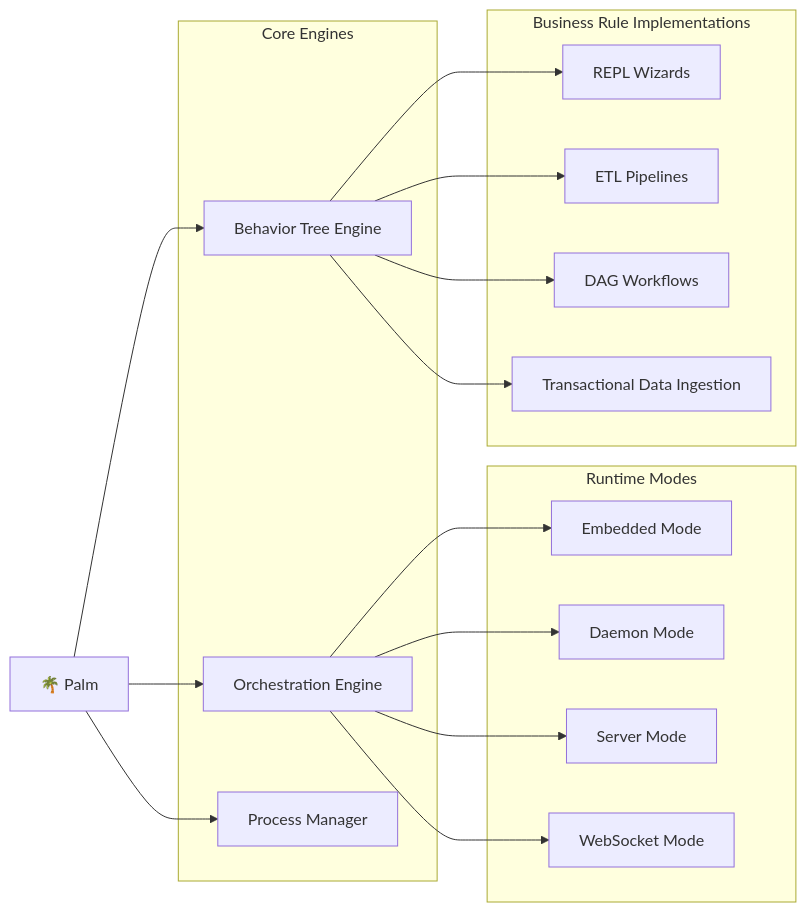
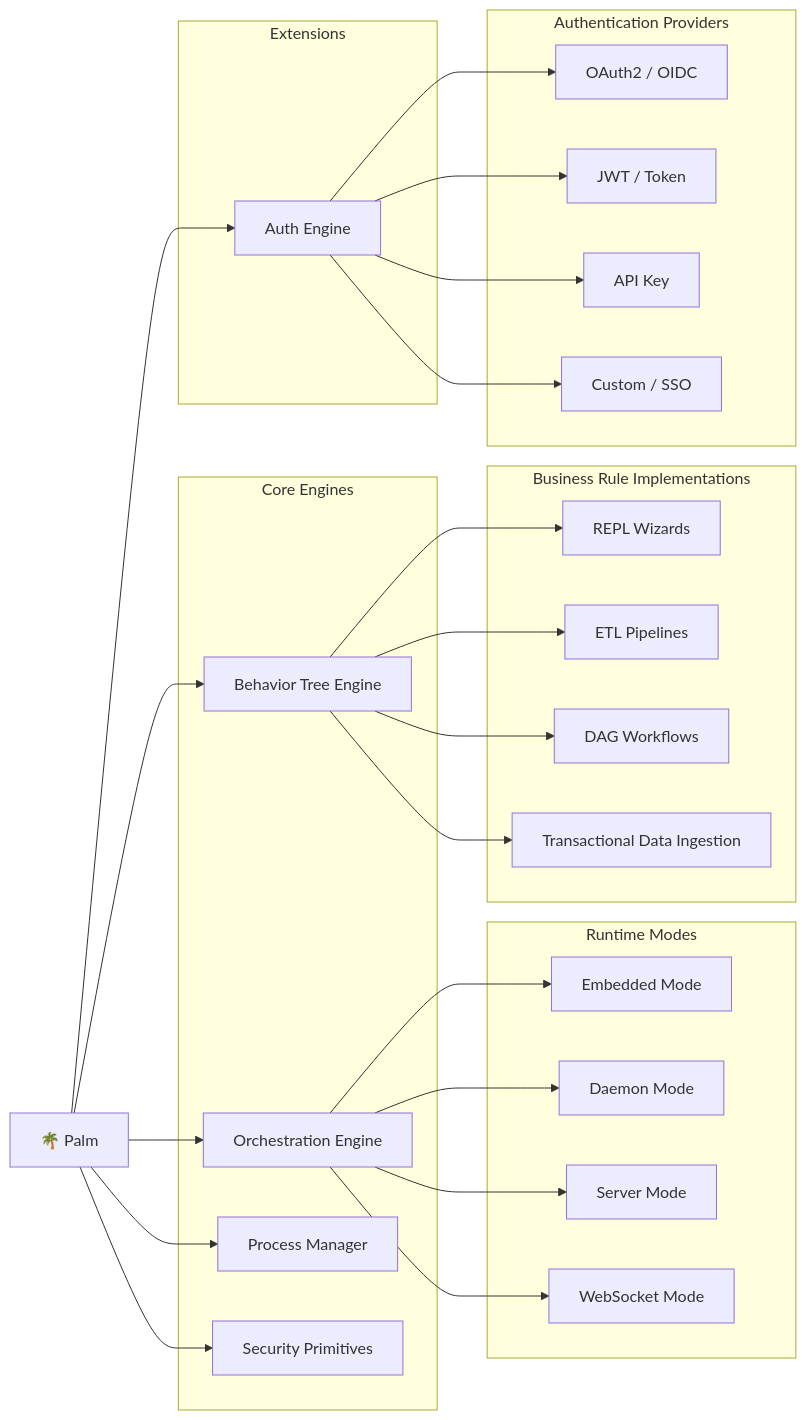
Before and after one commit to JGabrielGruber/palmengine: the diagram in README.md, drawn with Mermaid.

Commit message:
palm flowchart auth

````diff
--- a/README.md
+++ b/README.md
@@ -48,38 +48,59 @@
 ```mermaid
 flowchart LR
     palm[🌴 Palm]:::root
     
     subgraph Core["Core Engines"]
         orchestration[Orchestration Engine]
         behaviortree[Behavior Tree Engine]
         processmgr[Process Manager]
+        security[Security Primitives]
     end
 
     subgraph Runtimes["Runtime Modes"]
         embedded[Embedded Mode]
         daemon[Daemon Mode]
         server[Server Mode]
         websocket[WebSocket Mode]
     end
 
     subgraph UseCases["Business Rule Implementations"]
         wizards[REPL Wizards]
         etl[ETL Pipelines]
         dag[DAG Workflows]
         ingestion[Transactional Data Ingestion]
     end
 
+    subgraph Extensions["Extensions"]
+        authengine[Auth Engine]
+    end
+
+    subgraph AuthProvider["Authentication Providers"]
+        oauth[OAuth2 / OIDC]
+        jwt[JWT / Token]
+        apikey[API Key]
+        custom[Custom / SSO]
+    end
+
     palm --> orchestration
     palm --> behaviortree
     palm --> processmgr
     
     orchestration --> embedded
     orchestration --> daemon
     orchestration --> server
     orchestration --> websocket
     
     behaviortree --> wizards
     behaviortree --> etl
     behaviortree --> dag
     behaviortree --> ingestion
+
+    palm --> authengine
+    palm --> security
+    
+    authengine --> oauth
+    authengine --> jwt
+    authengine --> apikey
+    authengine --> custom
+
 ```
````
